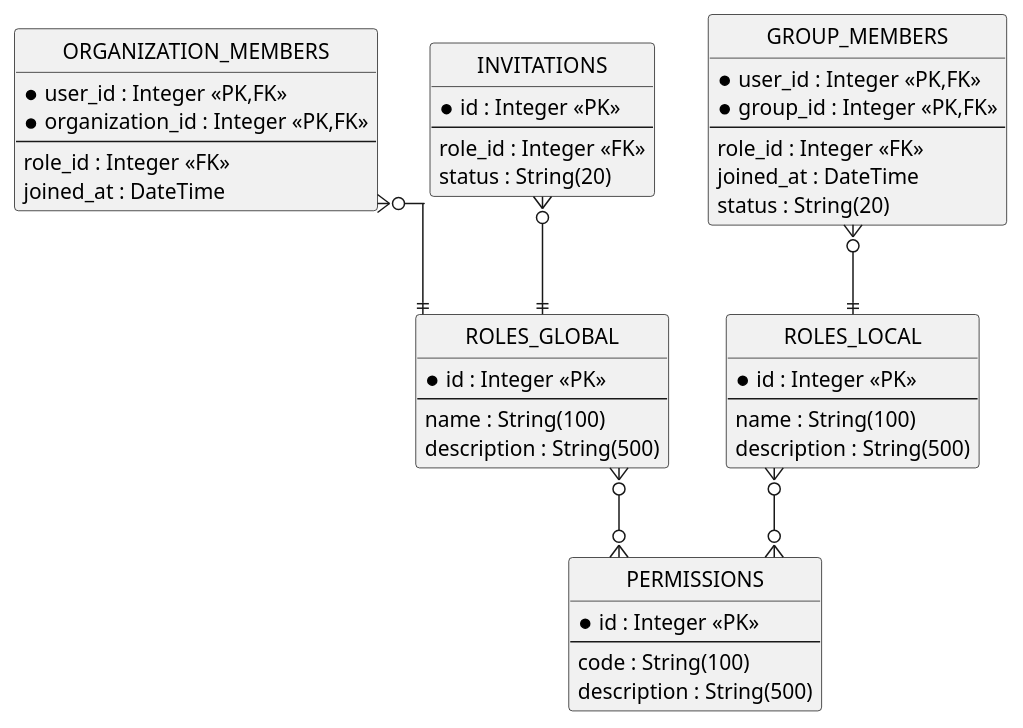
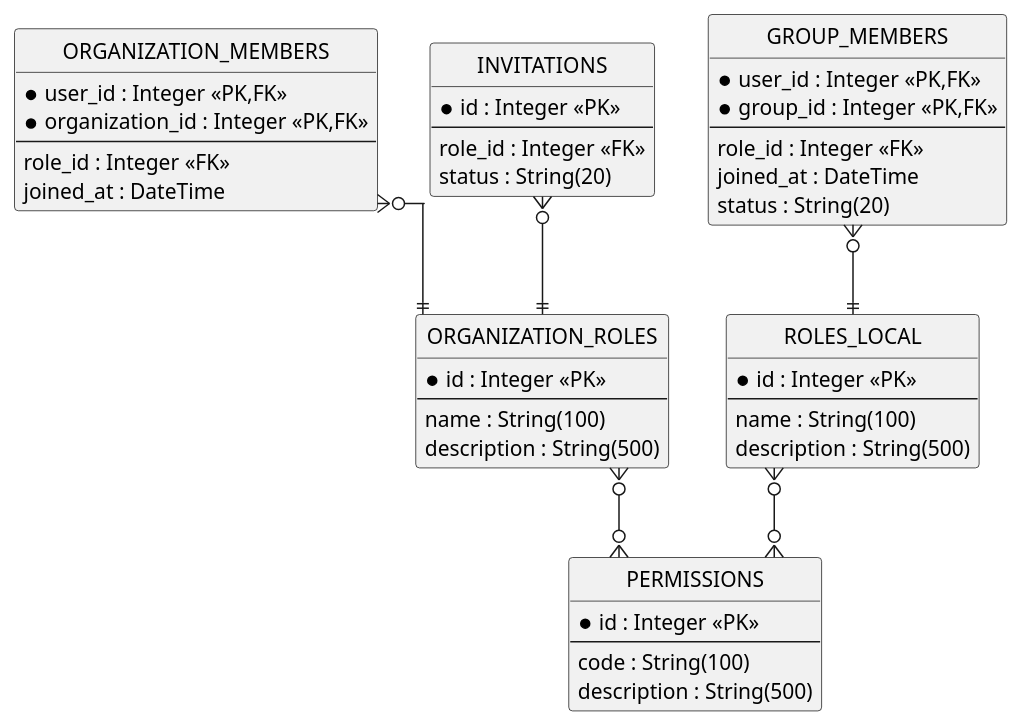
Before and after one commit to yasunobu-nonaka/nextjs-flask-labnoteapp: the diagram in docs/diagrams/er-rbac.puml, drawn with PlantUML. The commit also changed 17 other files, not shown here.

```diff
--- a/docs/diagrams/er-rbac.puml
+++ b/docs/diagrams/er-rbac.puml
@@ -1,58 +1,58 @@
 @startuml rbac
 skinparam backgroundColor white
 skinparam linetype ortho
 hide circle
 hide empty methods
 hide empty members
 
 entity "ORGANIZATION_MEMBERS" as ORGANIZATION_MEMBERS {
   * user_id : Integer <<PK,FK>>
   * organization_id : Integer <<PK,FK>>
   --
   role_id : Integer <<FK>>
   joined_at : DateTime
 }
 
 entity "INVITATIONS" as INVITATIONS {
   * id : Integer <<PK>>
   --
   role_id : Integer <<FK>>
   status : String(20)
 }
 
-entity "ROLES_GLOBAL" as ROLES_GLOBAL {
+entity "ORGANIZATION_ROLES" as ORGANIZATION_ROLES {
   * id : Integer <<PK>>
   --
   name : String(100)
   description : String(500)
 }
 
 entity "GROUP_MEMBERS" as GROUP_MEMBERS {
   * user_id : Integer <<PK,FK>>
   * group_id : Integer <<PK,FK>>
   --
   role_id : Integer <<FK>>
   joined_at : DateTime
   status : String(20)
 }
 
 entity "ROLES_LOCAL" as ROLES_LOCAL {
   * id : Integer <<PK>>
   --
   name : String(100)
   description : String(500)
 }
 
 entity "PERMISSIONS" as PERMISSIONS {
   * id : Integer <<PK>>
   --
   code : String(100)
   description : String(500)
 }
 
-ORGANIZATION_MEMBERS }o--|| ROLES_GLOBAL
-INVITATIONS }o--|| ROLES_GLOBAL
-ROLES_GLOBAL }o--o{ PERMISSIONS
+ORGANIZATION_MEMBERS }o--|| ORGANIZATION_ROLES
+INVITATIONS }o--|| ORGANIZATION_ROLES
+ORGANIZATION_ROLES }o--o{ PERMISSIONS
 GROUP_MEMBERS }o--|| ROLES_LOCAL
 ROLES_LOCAL }o--o{ PERMISSIONS
 @enduml
```
